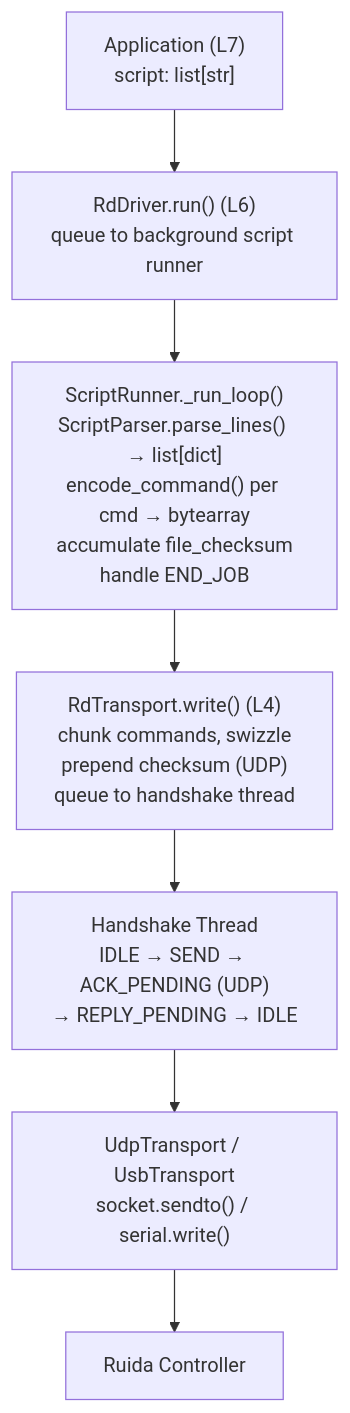
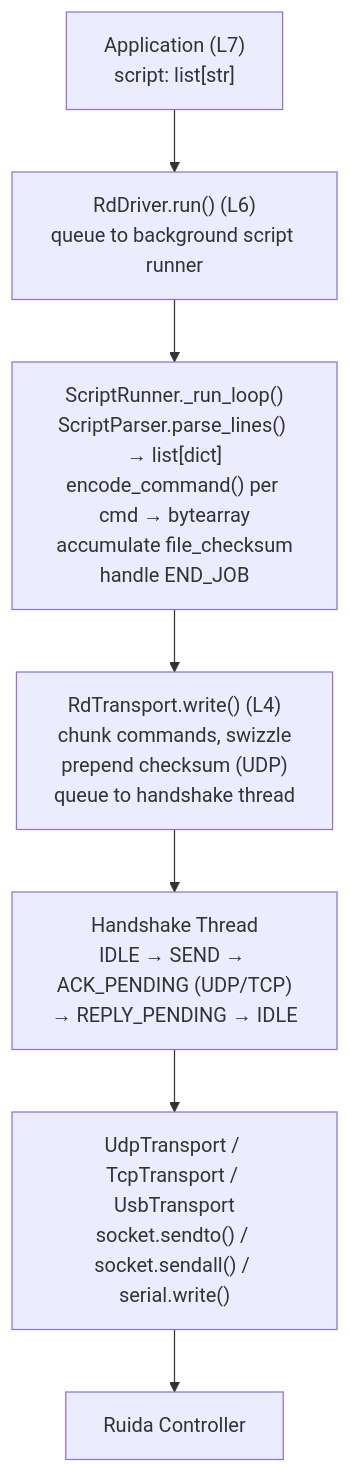
One commit to StevenIsaacs/ruida-pa changed the second of 6 diagrams in docs/designs/RuidaDriver-functional.md. Above: the diagram before and after it, drawn with Mermaid. The commit also changed other lines of this file and 1 other file, not shown here.

````diff
--- a/docs/designs/RuidaDriver-functional.md
+++ b/docs/designs/RuidaDriver-functional.md
@@ -49,11 +49,11 @@
 ```mermaid
 flowchart TD
     A["Application (L7)\nscript: list[str]"]
     B["RdDriver.run() (L6)\nqueue to background script runner"]
     C["ScriptRunner._run_loop()\nScriptParser.parse_lines() → list[dict]\nencode_command() per cmd → bytearray\naccumulate file_checksum\nhandle END_JOB"]
     D["RdTransport.write() (L4)\nchunk commands, swizzle\nprepend checksum (UDP)\nqueue to handshake thread"]
-    E["Handshake Thread\nIDLE → SEND → ACK_PENDING (UDP)\n→ REPLY_PENDING → IDLE"]
-    F["UdpTransport / UsbTransport\nsocket.sendto() / serial.write()"]
+    E["Handshake Thread\nIDLE → SEND → ACK_PENDING (UDP/TCP)\n→ REPLY_PENDING → IDLE"]
+    F["UdpTransport / TcpTransport / UsbTransport\nsocket.sendto() / socket.sendall() / serial.write()"]
     G["Ruida Controller"]
     A --> B --> C --> D --> E --> F --> G
 ```
````
